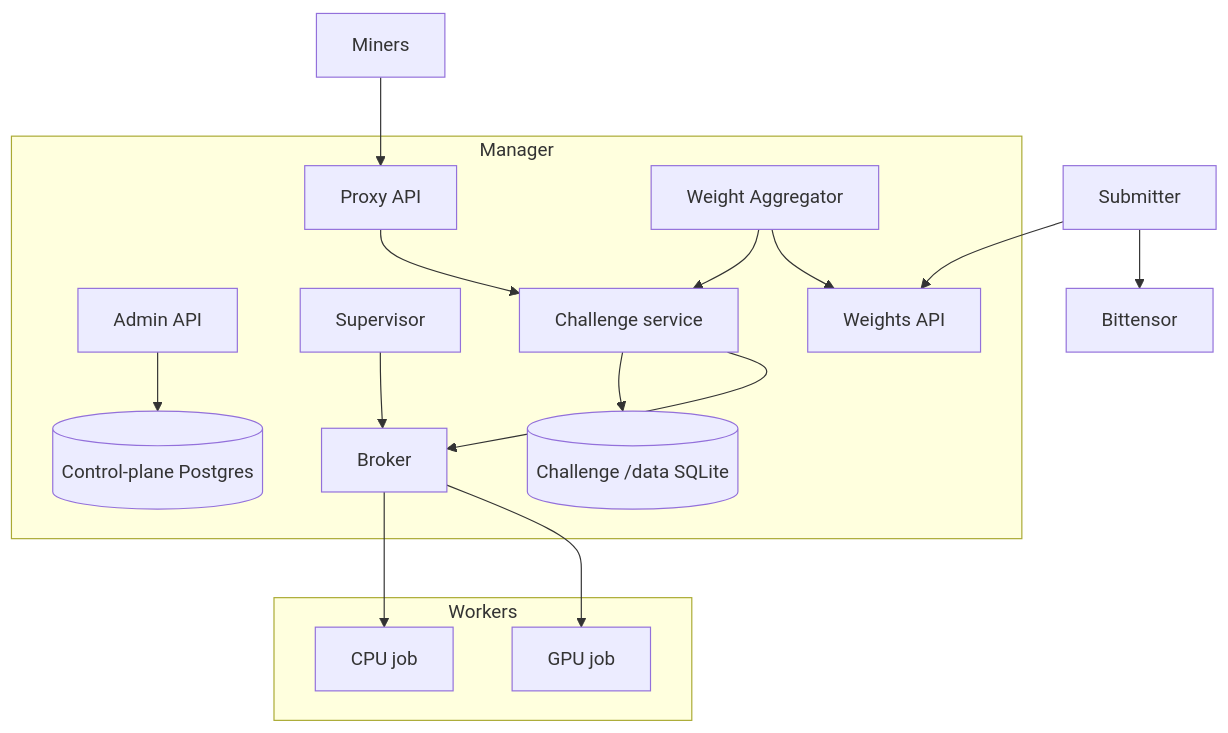
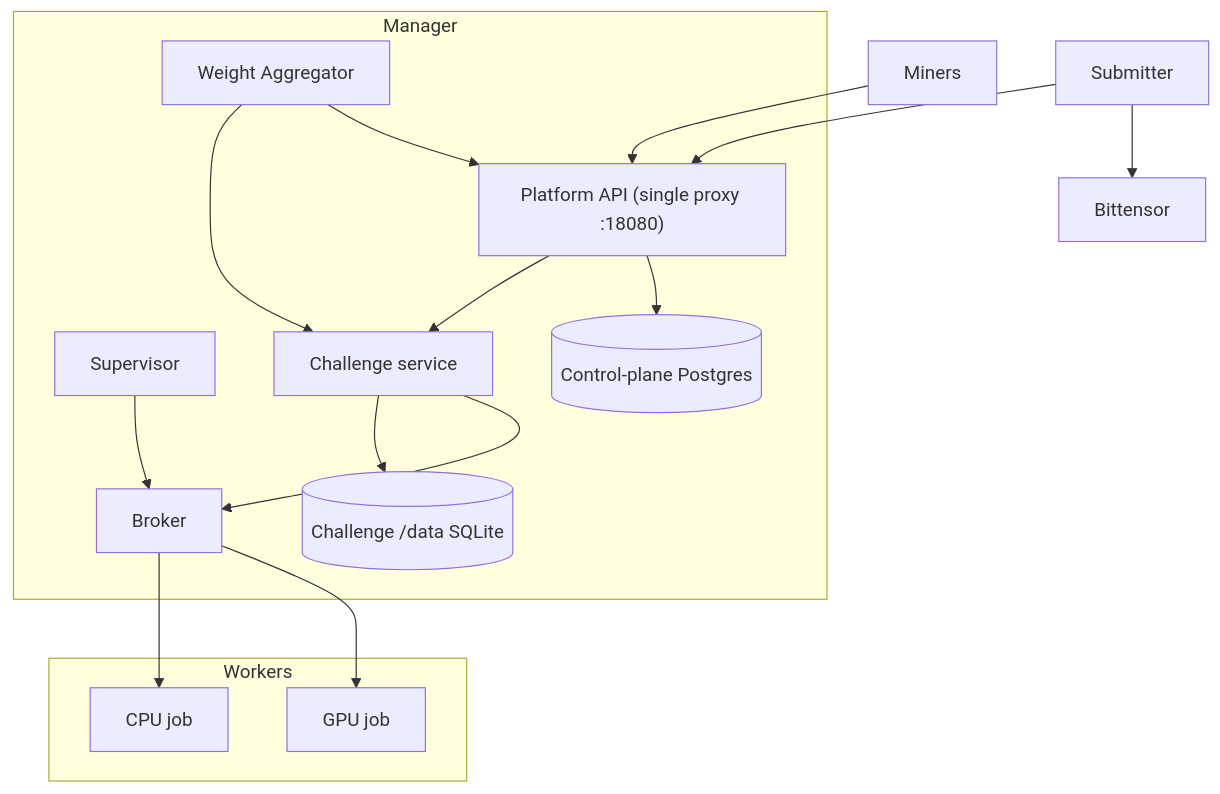
The diagram in docs/architecture.md (BaseIntelligence/base), drawn with Mermaid before and after one commit. The commit also changed other lines of this file and 4 other files, not shown here.

First line of the commit message:
docs(platform): reconcile docs to single-port reality (drop platform-master-admin :18900)

````diff
--- a/docs/architecture.md
+++ b/docs/architecture.md
@@ -7,30 +7,28 @@
 ```mermaid
 flowchart TB
     subgraph MGR[Manager]
-      A[Admin API]
-      P[Proxy API]
+      P["Platform API (single proxy :18080)"]
       B[Broker]
       S[Supervisor]
       G[Weight Aggregator]
-      W[Weights API]
       C1[Challenge service]
       DB[(Control-plane Postgres)]
       DATA[(Challenge /data SQLite)]
     end
     subgraph WRK[Workers]
       J1[CPU job]
       J2[GPU job]
     end
     U[Miners] --> P
     P --> C1
     C1 --> DATA
     C1 --> B
     B --> J1
     B --> J2
     S --> B
-    A --> DB
+    P --> DB
     G --> C1
-    G --> W
-    SUB[Submitter] --> W
+    G --> P
+    SUB[Submitter] --> P
     SUB --> BT[Bittensor]
 ```
````
